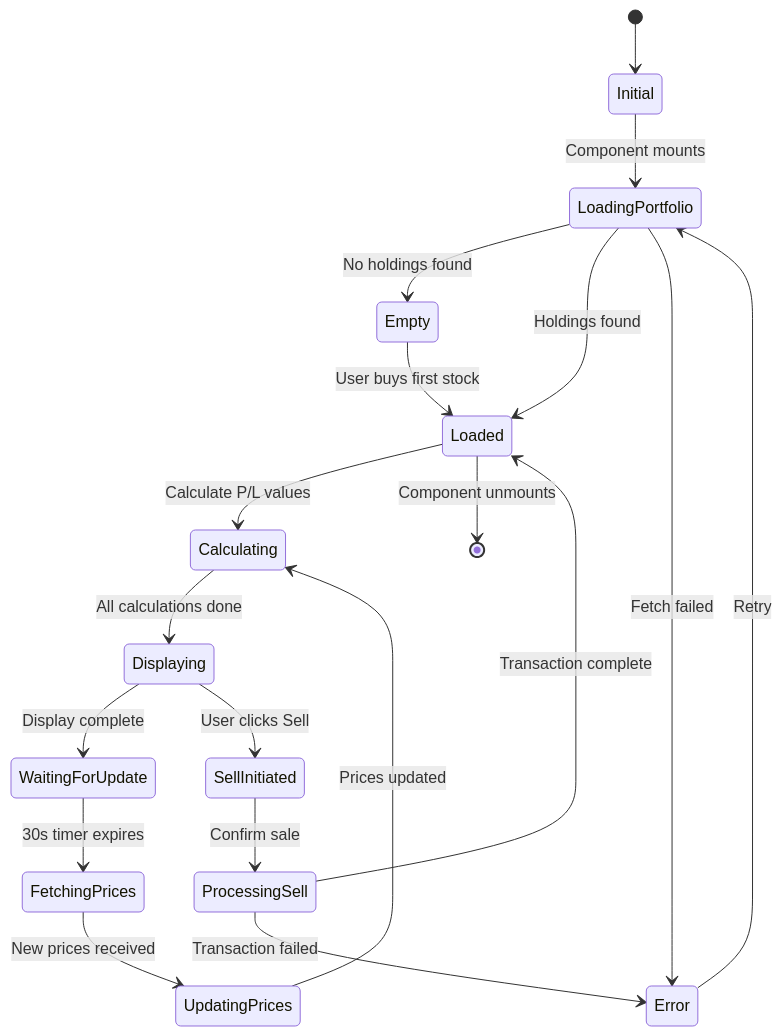
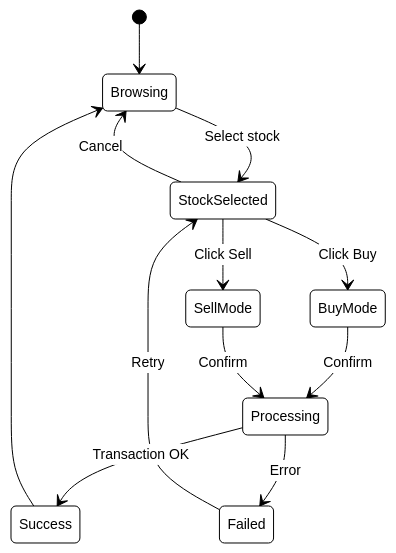
One commit to shubhamsp012/wallet-stock-quest changed the second of 3 diagrams in docs/state-diagrams.md. Above: the diagram before and after it, drawn with Mermaid. The commit also changed other lines of this file and 4 other files, not shown here.

Commit message:
Update diagrams for clarity

````diff
--- a/docs/state-diagrams.md
+++ b/docs/state-diagrams.md
@@ -96,29 +18,15 @@
 ```mermaid
+%%{init: {'theme':'base', 'themeVariables': {'primaryColor':'#fff','primaryTextColor':'#000','primaryBorderColor':'#000','lineColor':'#000','fontSize':'14px'}}}%%
 stateDiagram-v2
-    [*] --> Initial
-    
-    Initial --> LoadingPortfolio: Component mounts
-    LoadingPortfolio --> Empty: No holdings found
-    LoadingPortfolio --> Loaded: Holdings found
-    LoadingPortfolio --> Error: Fetch failed
-    
-    Empty --> Loaded: User buys first stock
-    
-    Loaded --> Calculating: Calculate P/L values
-    Calculating --> Displaying: All calculations done
-    
-    Displaying --> WaitingForUpdate: Display complete
-    WaitingForUpdate --> FetchingPrices: 30s timer expires
-    
-    FetchingPrices --> UpdatingPrices: New prices received
-    UpdatingPrices --> Calculating: Prices updated
-    
-    Displaying --> SellInitiated: User clicks Sell
-    SellInitiated --> ProcessingSell: Confirm sale
-    ProcessingSell --> Loaded: Transaction complete
-    ProcessingSell --> Error: Transaction failed
-    
-    Error --> LoadingPortfolio: Retry
-    
-    Loaded --> [*]: Component unmounts
+    [*] --> Browsing
+    Browsing --> StockSelected: Select stock
+    StockSelected --> BuyMode: Click Buy
+    StockSelected --> SellMode: Click Sell
+    BuyMode --> Processing: Confirm
+    SellMode --> Processing: Confirm
+    Processing --> Success: Transaction OK
+    Processing --> Failed: Error
+    Success --> Browsing
+    Failed --> StockSelected: Retry
+    StockSelected --> Browsing: Cancel
 ```
````
